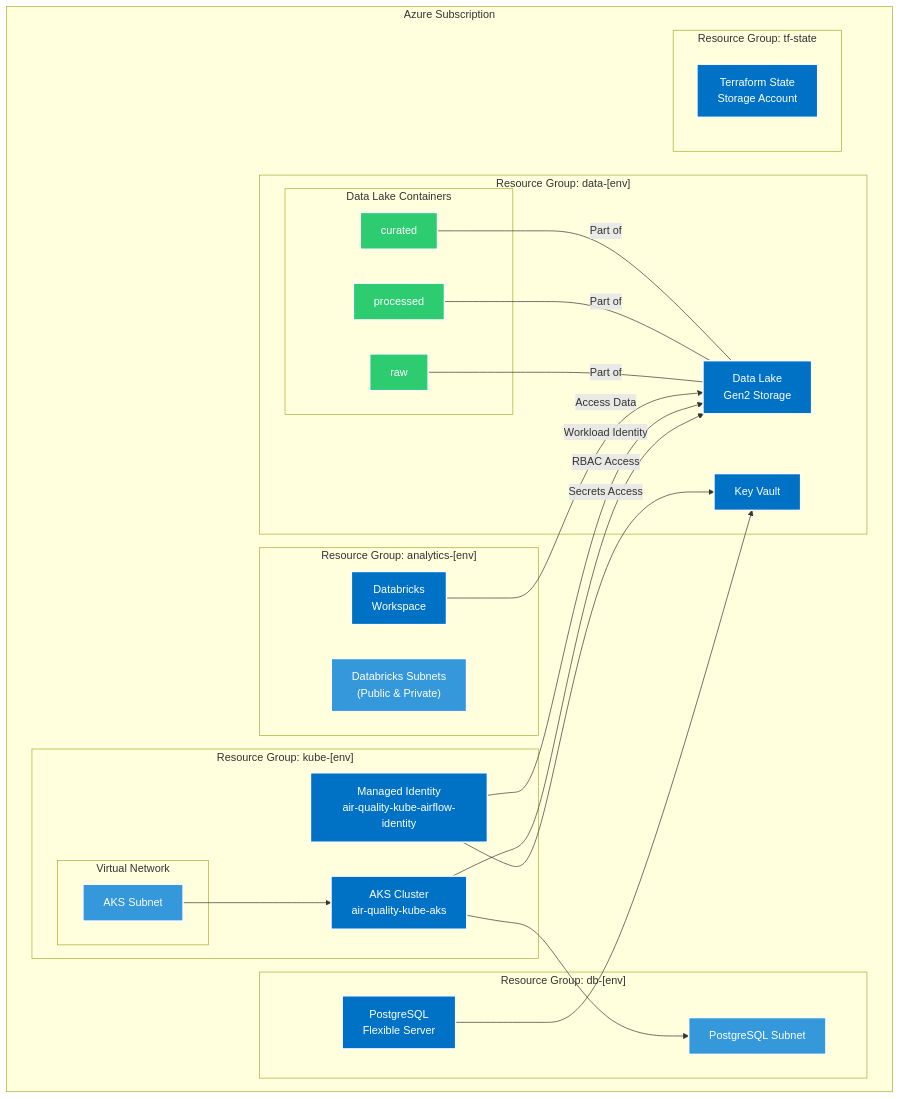
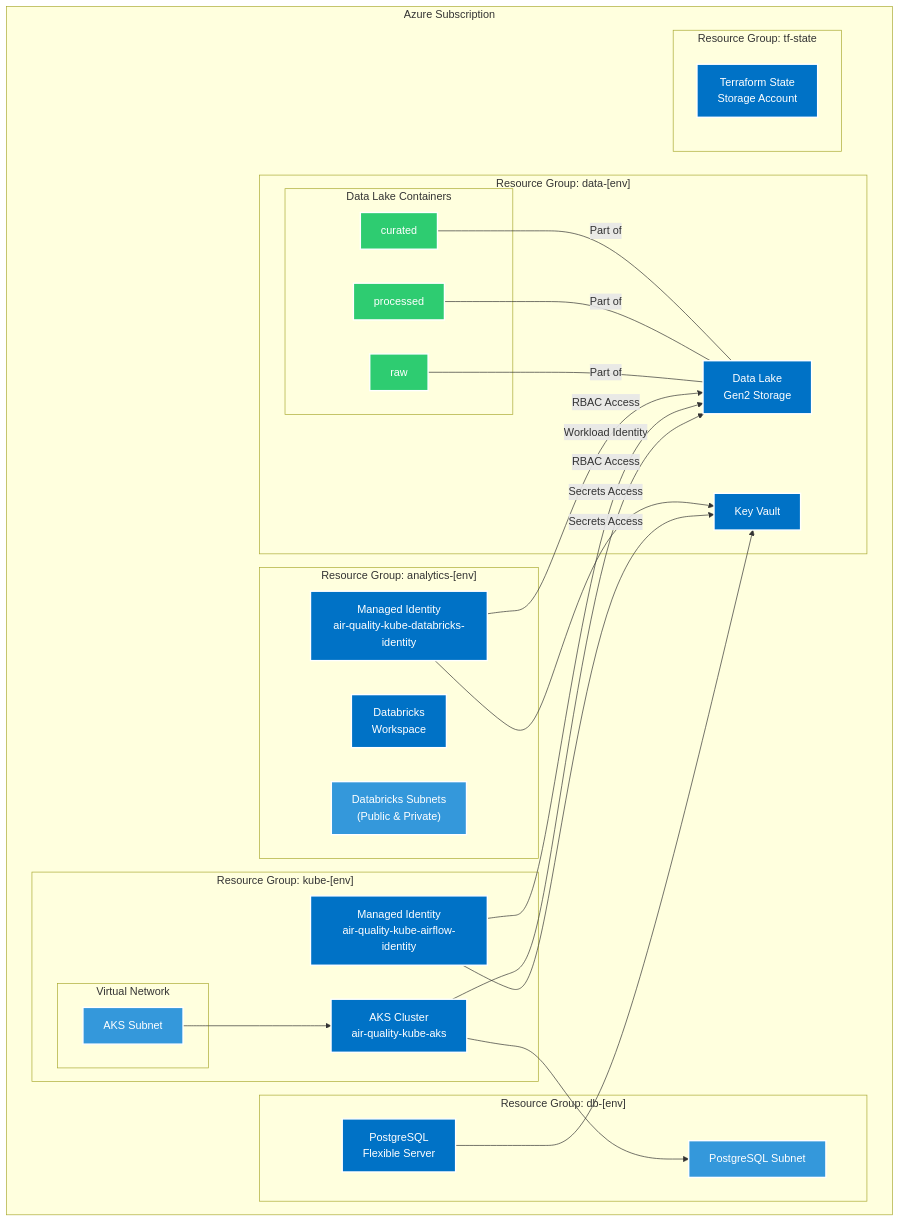
The first of 3 diagrams in README.md (waddafunk/the-air-quality-project-infrastructure-as-code), drawn with Mermaid before and after one commit. The commit also changed other lines of this file, not shown here.

````diff
--- a/README.md
+++ b/README.md
@@ -17,53 +17,55 @@
 ```mermaid
 graph TB
     subgraph "Azure Subscription"
         subgraph "Resource Group: kube-[env]"
             AKS["AKS Cluster<br/>air-quality-kube-aks"]
             MSID["Managed Identity<br/>air-quality-kube-airflow-identity"]
             subgraph "Virtual Network"
                 AKSSUBNET["AKS Subnet"]
             end
         end
         
         subgraph "Resource Group: data-[env]"
             DL["Data Lake<br/>Gen2 Storage"]
             KV["Key Vault"]
             subgraph "Data Lake Containers"
                 RAW["raw"]
                 PROCESSED["processed"]
                 CURATED["curated"]
             end
         end
         
         subgraph "Resource Group: db-[env]"
             PG["PostgreSQL<br/>Flexible Server"]
             PGSUBNET["PostgreSQL Subnet"]
         end
         
         subgraph "Resource Group: analytics-[env]"
             DB["Databricks<br/>Workspace"]
+            DBID["Managed Identity<br/>air-quality-kube-databricks-identity"]
             DBSUBNETS["Databricks Subnets<br/>(Public & Private)"]
         end
         
         subgraph "Resource Group: tf-state"
             TFSTATE["Terraform State<br/>Storage Account"]
         end
     end
     
     AKSSUBNET --> AKS
     AKS -->|RBAC Access| DL
     AKS --> PGSUBNET
     MSID -->|Workload Identity| DL
     MSID -->|Secrets Access| KV
     PG --> KV
-    DB -->|Access Data| DL
+    DBID -->|RBAC Access| DL
+    DBID -->|Secrets Access| KV
     RAW & PROCESSED & CURATED ---|"Part of"| DL
     
     classDef azure fill:#0072C6,stroke:#fff,stroke-width:2px,color:#fff
     classDef storage fill:#3498DB,stroke:#fff,stroke-width:2px,color:#fff
     classDef container fill:#2ECC71,stroke:#fff,stroke-width:2px,color:#fff
     
-    class AKS,DL,TFSTATE,PG,KV,MSID,DB azure
+    class AKS,DL,TFSTATE,PG,KV,MSID,DB,DBID azure
     class RAW,PROCESSED,CURATED container
     class AKSSUBNET,PGSUBNET,DBSUBNETS storage
 ```
````
